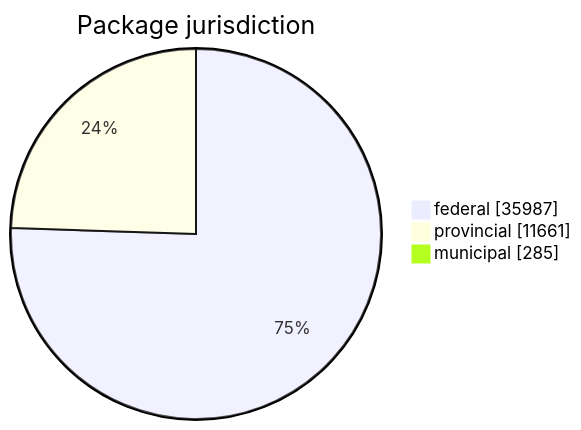
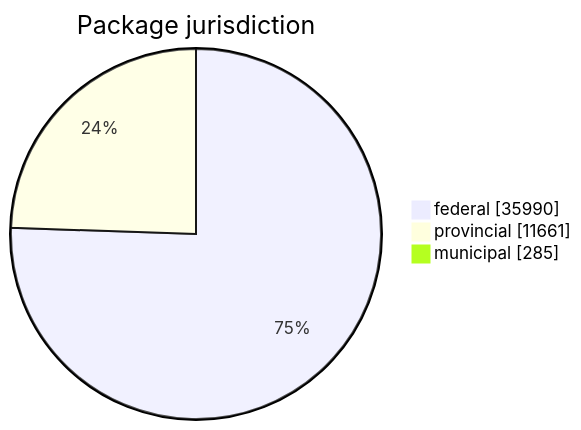
Before and after one commit to open-data/analytics-corporate-reporting: the first of 5 diagrams in FreshCheck/README.md, drawn with Mermaid. The commit also changed other lines of this file and 3 other files, not shown here.

````diff
--- a/FreshCheck/README.md
+++ b/FreshCheck/README.md
@@ -60,6 +60,6 @@
 ```mermaid
 pie showData title Package jurisdiction
-    "federal": 35987
+    "federal": 35990
     "provincial": 11661
     "municipal": 285
 ```
````
